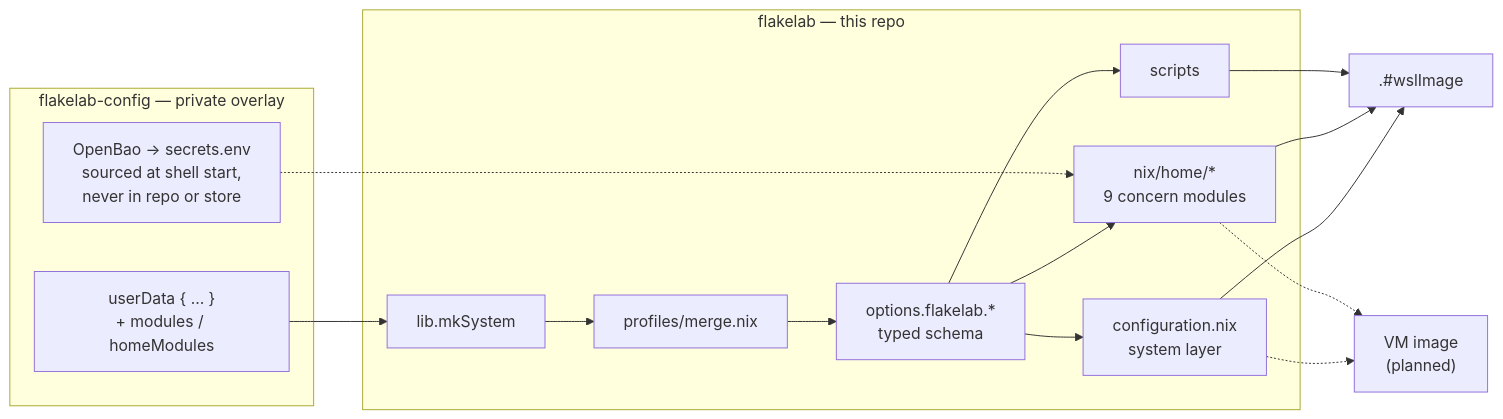
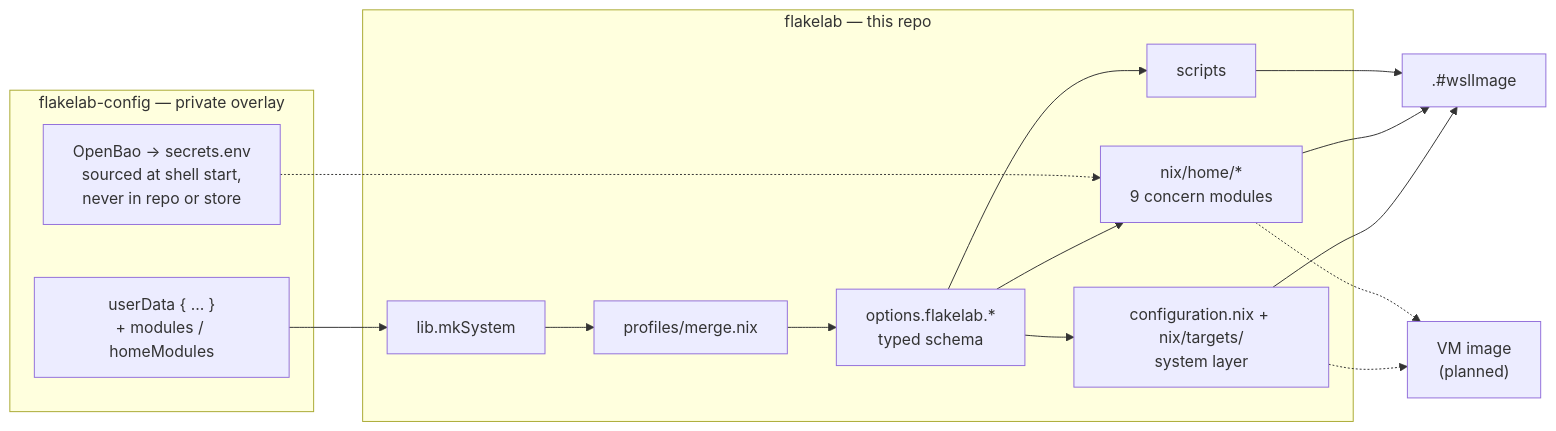
Before and after one commit to tyclab/flakelab: the diagram in README.md, drawn with Mermaid. The commit also changed other lines of this file and 3 other files, not shown here.

First line of the commit message:
docs(targets): name the second target and the split system layer

````diff
--- a/README.md
+++ b/README.md
@@ -37,21 +37,21 @@
 ```mermaid
 flowchart LR
     subgraph priv["flakelab-config — private overlay"]
         UD["userData { … }<br/>+ modules / homeModules"]
         SEC["OpenBao → secrets.env<br/>sourced at shell start,<br/>never in repo or store"]
     end
     subgraph pub["flakelab — this repo"]
         MK["lib.mkSystem"] --> PROF["profiles/merge.nix"]
         PROF --> OPT["options.flakelab.*<br/>typed schema"]
-        OPT --> SYS["configuration.nix<br/>system layer"]
+        OPT --> SYS["configuration.nix + nix/targets/<br/>system layer"]
         OPT --> HOME["nix/home/*<br/>9 concern modules"]
         OPT --> SCR["scripts"]
     end
     UD --> MK
     SEC -.-> HOME
     SYS --> IMG[".#wslImage"]
     HOME --> IMG
     SCR --> IMG
     SYS -.-> VM["VM image<br/>(planned)"]
     HOME -.-> VM
 ```
````
